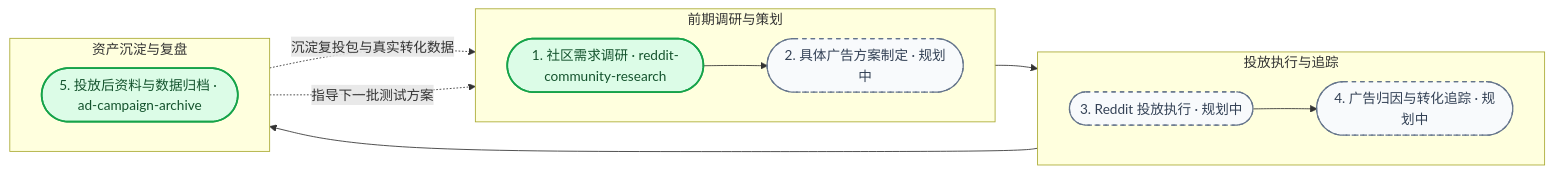
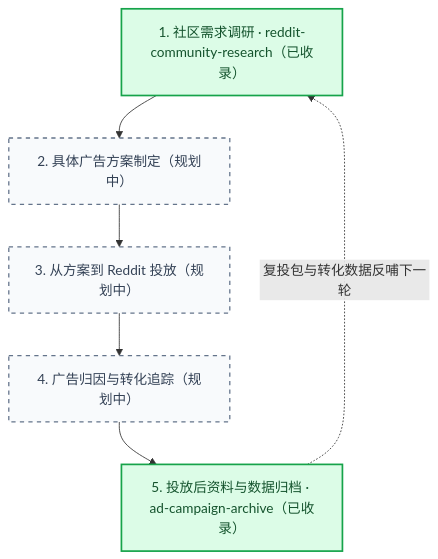
One commit to ezra-y/reddit-ad-workflow-skills changed the first of 6 diagrams in README.md. Above: the diagram before and after it, drawn with Mermaid. The commit also changed other lines of this file, not shown here.

Commit message:
docs: use vertical top-level flowchart, remove overlapping subgraphs, and shorten node labels

````diff
--- a/README.md
+++ b/README.md
@@ -7,31 +7,19 @@
 ```mermaid
-flowchart LR
-    subgraph P1["前期调研与策划"]
-        direction LR
-        S1(["1. 社区需求调研 · reddit-community-research"])
-        S2(["2. 具体广告方案制定 · 规划中"])
-        S1 --> S2
-    end
+flowchart TD
+    S1["1. 社区需求调研 · reddit-community-research（已收录）"]
+    S2["2. 具体广告方案制定（规划中）"]
+    S3["3. 从方案到 Reddit 投放（规划中）"]
+    S4["4. 广告归因与转化追踪（规划中）"]
+    S5["5. 投放后资料与数据归档 · ad-campaign-archive（已收录）"]
 
-    subgraph P2["投放执行与追踪"]
-        direction LR
-        S3(["3. Reddit 投放执行 · 规划中"])
-        S4(["4. 广告归因与转化追踪 · 规划中"])
-        S3 --> S4
-    end
-
-    subgraph P3["资产沉淀与复盘"]
-        direction LR
-        S5(["5. 投放后资料与数据归档 · ad-campaign-archive"])
-    end
-
+    S1 --> S2
     S2 --> S3
+    S3 --> S4
     S4 --> S5
-    S5 -.->|"沉淀复投包与真实转化数据"| S1
-    S5 -.->|"指导下一批测试方案"| S2
+    S5 -.->|"复投包与转化数据反哺下一轮"| S1
 
     classDef ready fill:#DCFCE7,stroke:#16A34A,stroke-width:2px,color:#14532D
     classDef planned fill:#F8FAFC,stroke:#64748B,stroke-width:1.5px,stroke-dasharray: 5 5,color:#334155
     class S1,S5 ready
     class S2,S3,S4 planned
 ```
````
